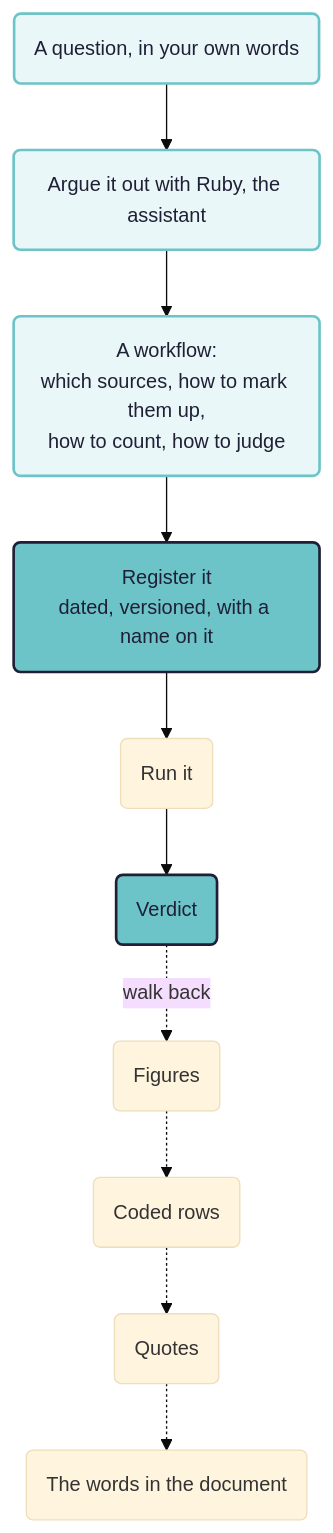
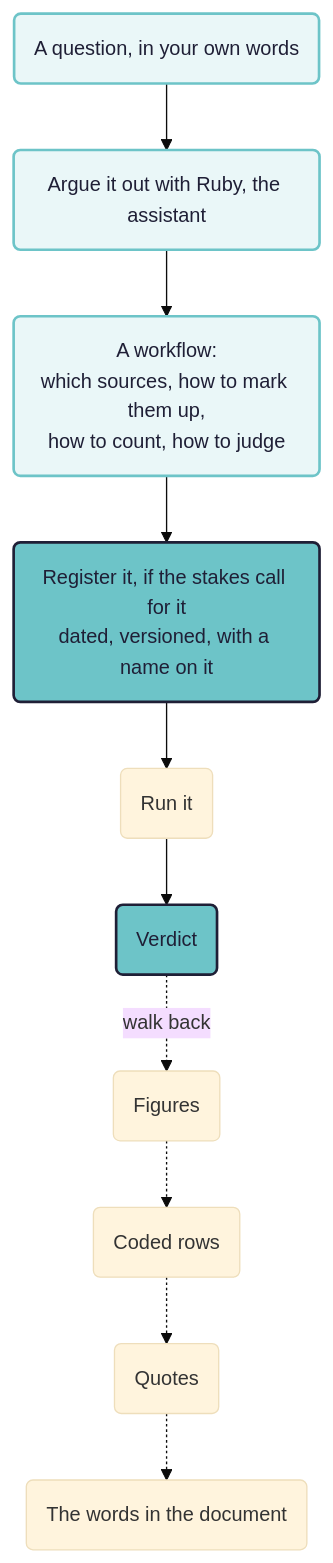
One commit to stevepowell99/causal-mapping-garden-content changed the diagram in 950 Rubicon/000 Rubicon ((rubicon)).md. Above: the diagram before and after it, drawn with Mermaid. The commit also changed other lines of this file and 11 other files, not shown here.

````diff
--- a/950 Rubicon/000 Rubicon ((rubicon)).md
+++ b/950 Rubicon/000 Rubicon ((rubicon)).md
@@ -20,23 +14,23 @@
 ```mermaid
 %%{init: {'theme':'base','themeVariables':{'fontFamily':'Helvetica, Arial, sans-serif','fontSize':'15px'}}}%%
 flowchart TD
   q("A question, in your own words")
   ruby("Argue it out with Ruby, the assistant")
   wf("A workflow:<br/>which sources, how to mark them up,<br/>how to count, how to judge")
-  reg("Register it<br/>dated, versioned, with a name on it")
+  reg("Register it, if the stakes call for it<br/>dated, versioned, with a name on it")
   run("Run it")
   v("Verdict")
   f("Figures")
   r("Coded rows")
   qt("Quotes")
   src("The words in the document")
   q --> ruby --> wf --> reg --> run --> v
   v -.->|walk back| f
   f -.-> r
   r -.-> qt
   qt -.-> src
   classDef inp fill:#EAF7F8,stroke:#6DC4C8,stroke-width:2px,color:#1F1F36;
   classDef out fill:#6DC4C8,stroke:#1F1F36,stroke-width:2px,color:#1F1F36;
   class q,ruby,wf inp
   class reg,v out
 ```
````
